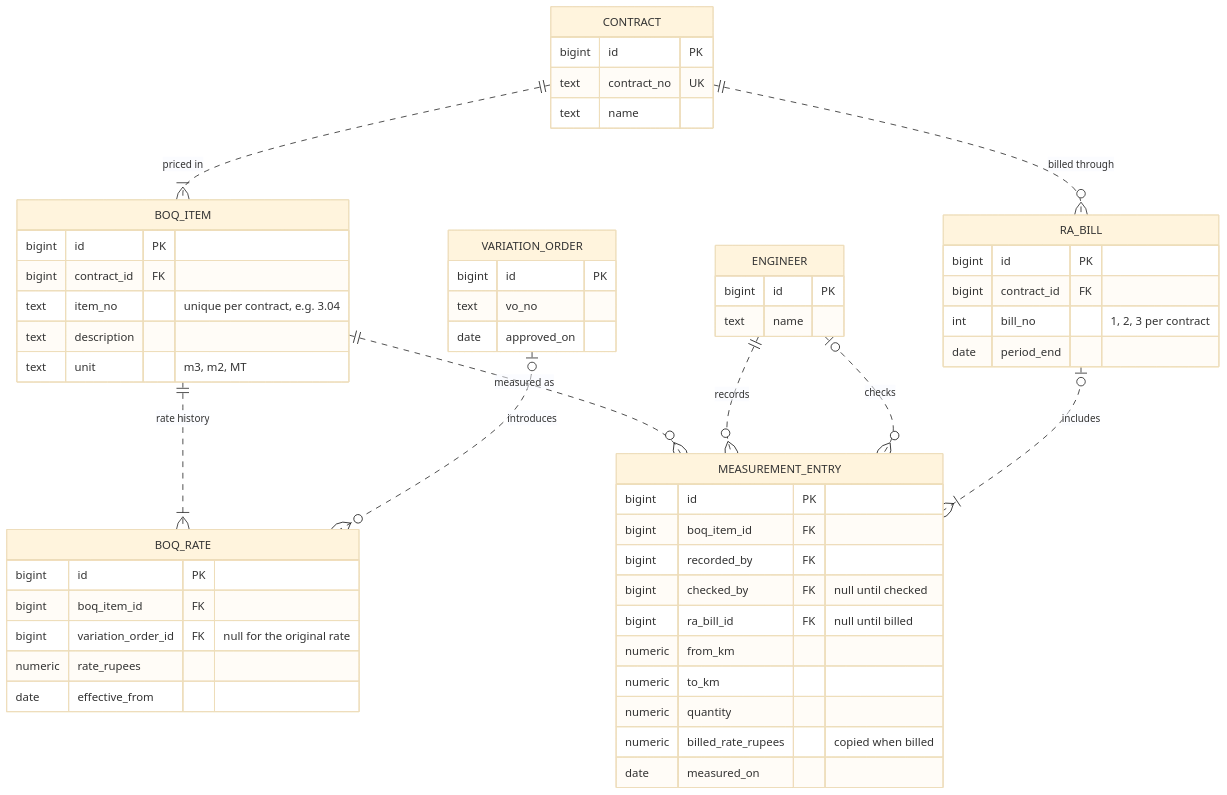
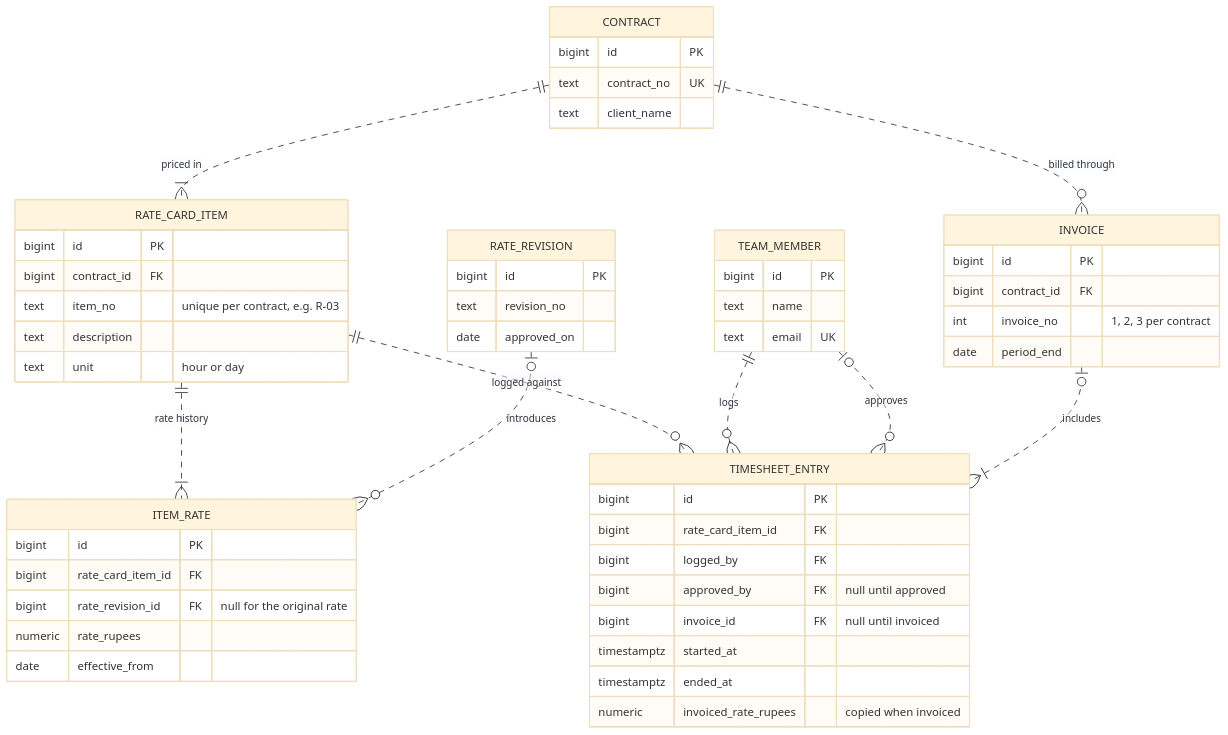
One commit to rizwi0786/system-design-lab changed the seventh of 7 diagrams in content/lessons/m05/m05-er-diagrams.md. Above: the diagram before and after it, drawn with Mermaid (base theme). The commit also changed other lines of this file and 334 other files, not shown here.

````diff
--- a/content/lessons/m05/m05-er-diagrams.md
+++ b/content/lessons/m05/m05-er-diagrams.md
@@ -1448,57 +1448,56 @@
 ```mermaid
 erDiagram
-    CONTRACT ||..|{ BOQ_ITEM : "priced in"
-    BOQ_ITEM ||..|{ BOQ_RATE : "rate history"
-    VARIATION_ORDER |o..o{ BOQ_RATE : introduces
-    BOQ_ITEM ||..o{ MEASUREMENT_ENTRY : "measured as"
-    ENGINEER ||..o{ MEASUREMENT_ENTRY : records
-    ENGINEER |o..o{ MEASUREMENT_ENTRY : checks
-    CONTRACT ||..o{ RA_BILL : "billed through"
-    RA_BILL |o..|{ MEASUREMENT_ENTRY : includes
+    CONTRACT ||..|{ RATE_CARD_ITEM : "priced in"
+    RATE_CARD_ITEM ||..|{ ITEM_RATE : "rate history"
+    RATE_REVISION |o..o{ ITEM_RATE : introduces
+    RATE_CARD_ITEM ||..o{ TIMESHEET_ENTRY : "logged against"
+    TEAM_MEMBER ||..o{ TIMESHEET_ENTRY : logs
+    TEAM_MEMBER |o..o{ TIMESHEET_ENTRY : approves
+    CONTRACT ||..o{ INVOICE : "billed through"
+    INVOICE |o..|{ TIMESHEET_ENTRY : includes
     CONTRACT {
         bigint id PK
         text contract_no UK
-        text name
+        text client_name
     }
-    BOQ_ITEM {
+    RATE_CARD_ITEM {
         bigint id PK
         bigint contract_id FK
-        text item_no "unique per contract, e.g. 3.04"
+        text item_no "unique per contract, e.g. R-03"
         text description
-        text unit "m3, m2, MT"
+        text unit "hour or day"
     }
-    BOQ_RATE {
+    ITEM_RATE {
         bigint id PK
-        bigint boq_item_id FK
-        bigint variation_order_id FK "null for the original rate"
+        bigint rate_card_item_id FK
+        bigint rate_revision_id FK "null for the original rate"
         numeric rate_rupees
         date effective_from
     }
-    MEASUREMENT_ENTRY {
+    TIMESHEET_ENTRY {
         bigint id PK
-        bigint boq_item_id FK
-        bigint recorded_by FK
-        bigint checked_by FK "null until checked"
-        bigint ra_bill_id FK "null until billed"
-        numeric from_km
-        numeric to_km
-        numeric quantity
-        numeric billed_rate_rupees "copied when billed"
-        date measured_on
+        bigint rate_card_item_id FK
+        bigint logged_by FK
+        bigint approved_by FK "null until approved"
+        bigint invoice_id FK "null until invoiced"
+        timestamptz started_at
+        timestamptz ended_at
+        numeric invoiced_rate_rupees "copied when invoiced"
     }
-    RA_BILL {
+    INVOICE {
         bigint id PK
         bigint contract_id FK
-        int bill_no "1, 2, 3 per contract"
+        int invoice_no "1, 2, 3 per contract"
         date period_end
     }
-    ENGINEER {
+    TEAM_MEMBER {
         bigint id PK
         text name
+        text email UK
     }
-    VARIATION_ORDER {
+    RATE_REVISION {
         bigint id PK
-        text vo_no
+        text revision_no
         date approved_on
     }
 ```
````
